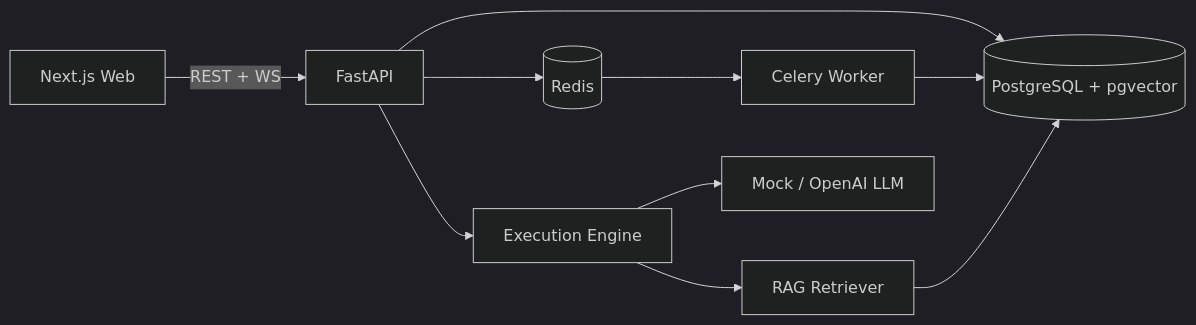
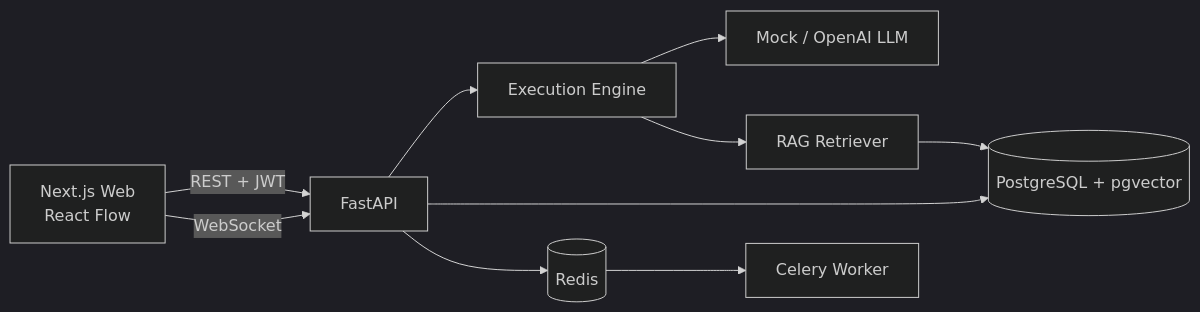
The diagram in README.md (khushi491/FlowPilot), drawn with Mermaid (dark theme) before and after one commit. The commit also changed other lines of this file and 1 other file, not shown here.

Commit message:
Update README to match current FlowPilot product

````diff
--- a/README.md
+++ b/README.md
@@ -17,12 +45,12 @@
 ```mermaid
 flowchart LR
-  Browser[Next.js Web] -->|REST + WS| API[FastAPI]
+  UI[Next.js Web<br/>React Flow] -->|REST + JWT| API[FastAPI]
+  UI -->|WebSocket| API
+  API --> Engine[Execution Engine]
   API --> PG[(PostgreSQL + pgvector)]
   API --> Redis[(Redis)]
   Redis --> Worker[Celery Worker]
-  Worker --> PG
-  API --> Engine[Execution Engine]
   Engine --> LLM[Mock / OpenAI LLM]
   Engine --> RAG[RAG Retriever]
   RAG --> PG
 ```
````
